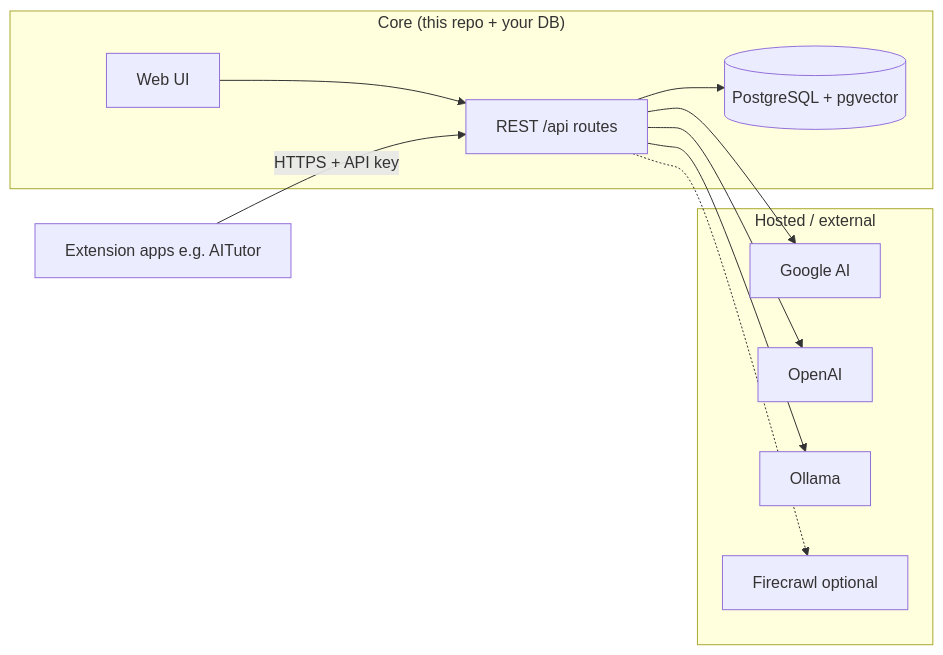
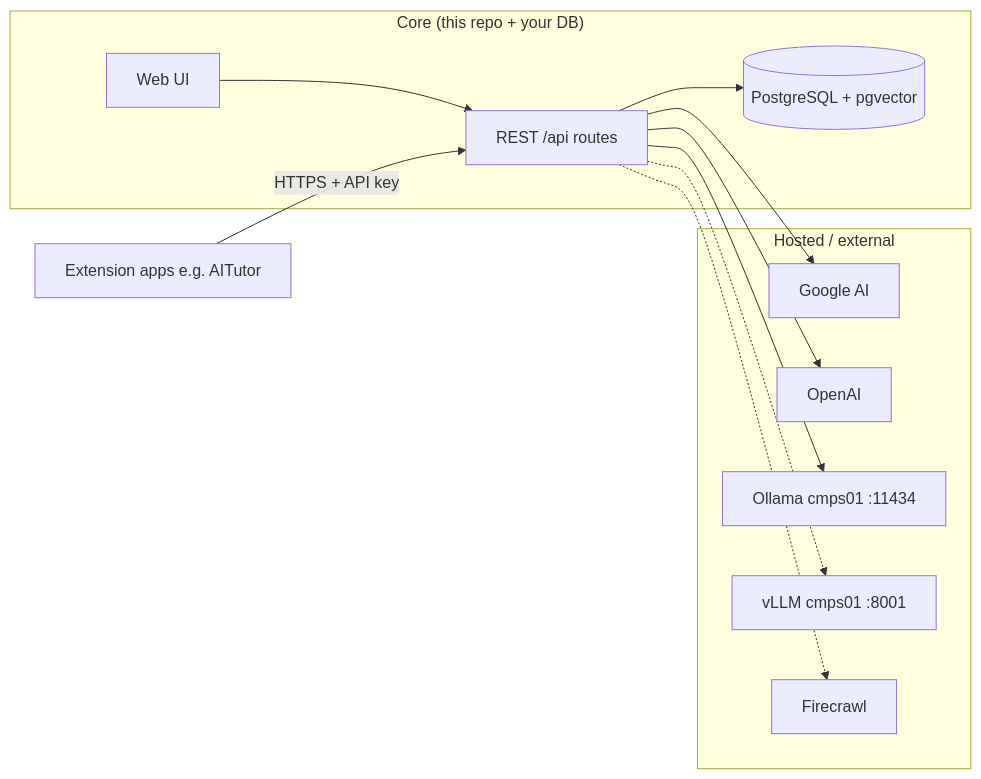
One commit to EduAI-Lab/EduAI changed the first of 8 diagrams in docs/ARCHITECTURE.md. Above: the diagram before and after it, drawn with Mermaid. The commit also changed other lines of this file and 7 other files, not shown here.

First line of the commit message:
docs: Update documentation for vLLM and Ollama integration

````diff
--- a/docs/ARCHITECTURE.md
+++ b/docs/ARCHITECTURE.md
@@ -34,21 +34,23 @@
 ```mermaid
 flowchart LR
   subgraph Core["Core (this repo + your DB)"]
     UI[Web UI]
     API[REST /api routes]
     DB[(PostgreSQL + pgvector)]
     UI --> API
     API --> DB
   end
   subgraph Hosted["Hosted / external"]
     G[Google AI]
     O[OpenAI]
-    L[Ollama]
-    F[Firecrawl optional]
+    L[Ollama cmps01 :11434]
+    V[vLLM cmps01 :8001]
+    F[Firecrawl]
   end
   API --> G
   API --> O
   API --> L
+  API -.-> V
   API -.-> F
   Ext[Extension apps e.g. AITutor] -->|HTTPS + API key| API
 ```
````
